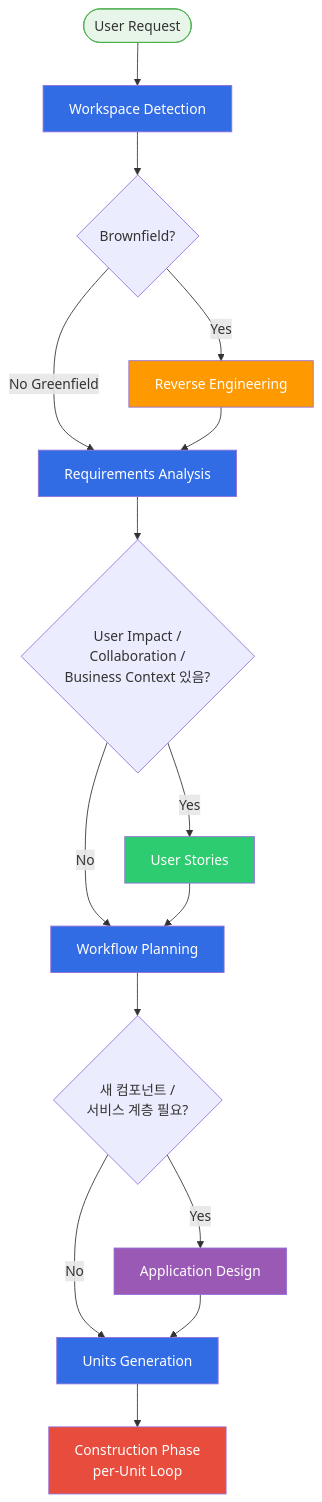
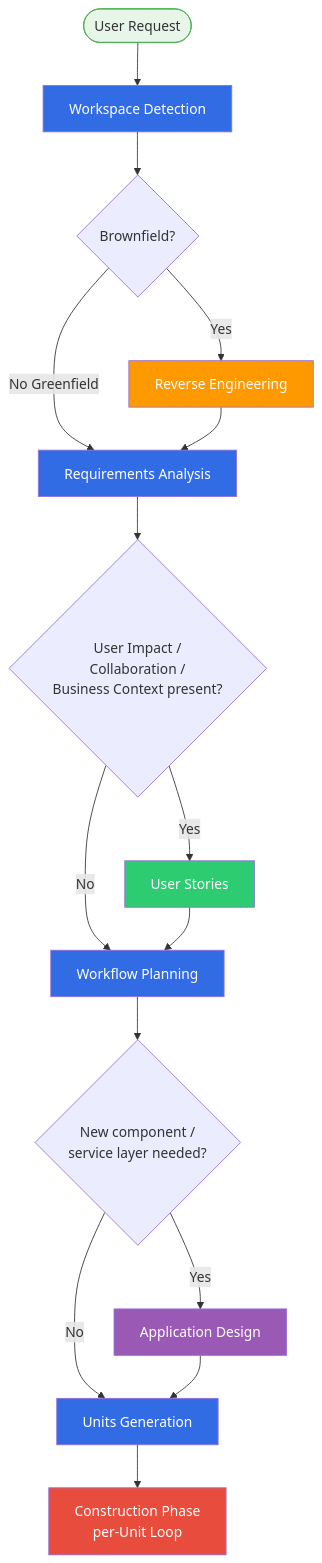
Before and after one commit to devfloor9/engineering-playbook: the first of 9 diagrams in docs/aidlc/methodology/adaptive-execution.md, drawn with Mermaid. The commit also changed other lines of this file and 954 other files, not shown here.

````diff
--- a/docs/aidlc/methodology/adaptive-execution.md
+++ b/docs/aidlc/methodology/adaptive-execution.md
@@ -26,30 +26,30 @@
 ```mermaid
 graph TB
     START([User Request]) --> WD[Workspace Detection]
     WD --> DECISION1{Brownfield?}
     DECISION1 -->|Yes| RE[Reverse Engineering]
     DECISION1 -->|No Greenfield| RA[Requirements Analysis]
     RE --> RA
 
-    RA --> DECISION2{User Impact /<br/>Collaboration /<br/>Business Context 있음?}
+    RA --> DECISION2{User Impact /<br/>Collaboration /<br/>Business Context present?}
     DECISION2 -->|Yes| US[User Stories]
     DECISION2 -->|No| WP[Workflow Planning]
     US --> WP
 
-    WP --> DECISION3{새 컴포넌트 /<br/>서비스 계층 필요?}
+    WP --> DECISION3{New component /<br/>service layer needed?}
     DECISION3 -->|Yes| AD[Application Design]
     DECISION3 -->|No| UG[Units Generation]
     AD --> UG
 
     UG --> CONSTRUCTION[Construction Phase<br/>per-Unit Loop]
 
     style START fill:#e8f5e9,stroke:#4caf50
     style WD fill:#326ce5,color:#fff
     style RE fill:#ff9900,color:#fff
     style RA fill:#326ce5,color:#fff
     style US fill:#2ecc71,color:#fff
     style WP fill:#326ce5,color:#fff
     style AD fill:#9b59b6,color:#fff
     style UG fill:#326ce5,color:#fff
     style CONSTRUCTION fill:#e74c3c,color:#fff
 ```
````
